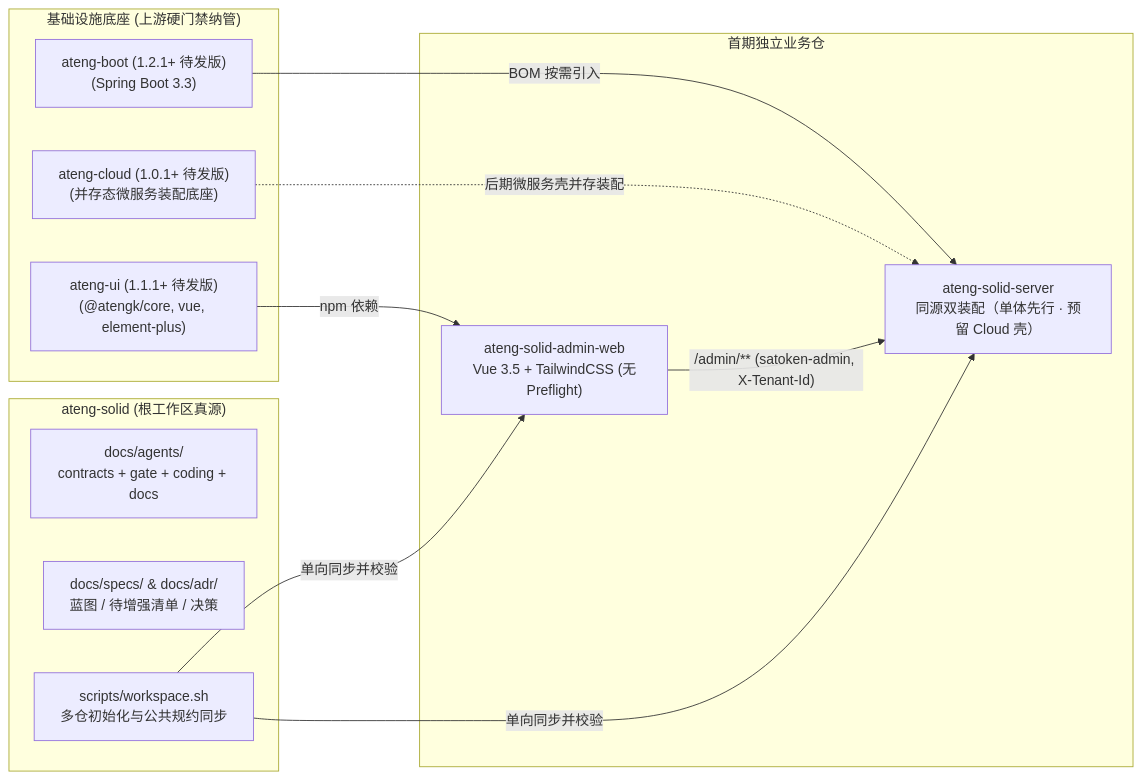
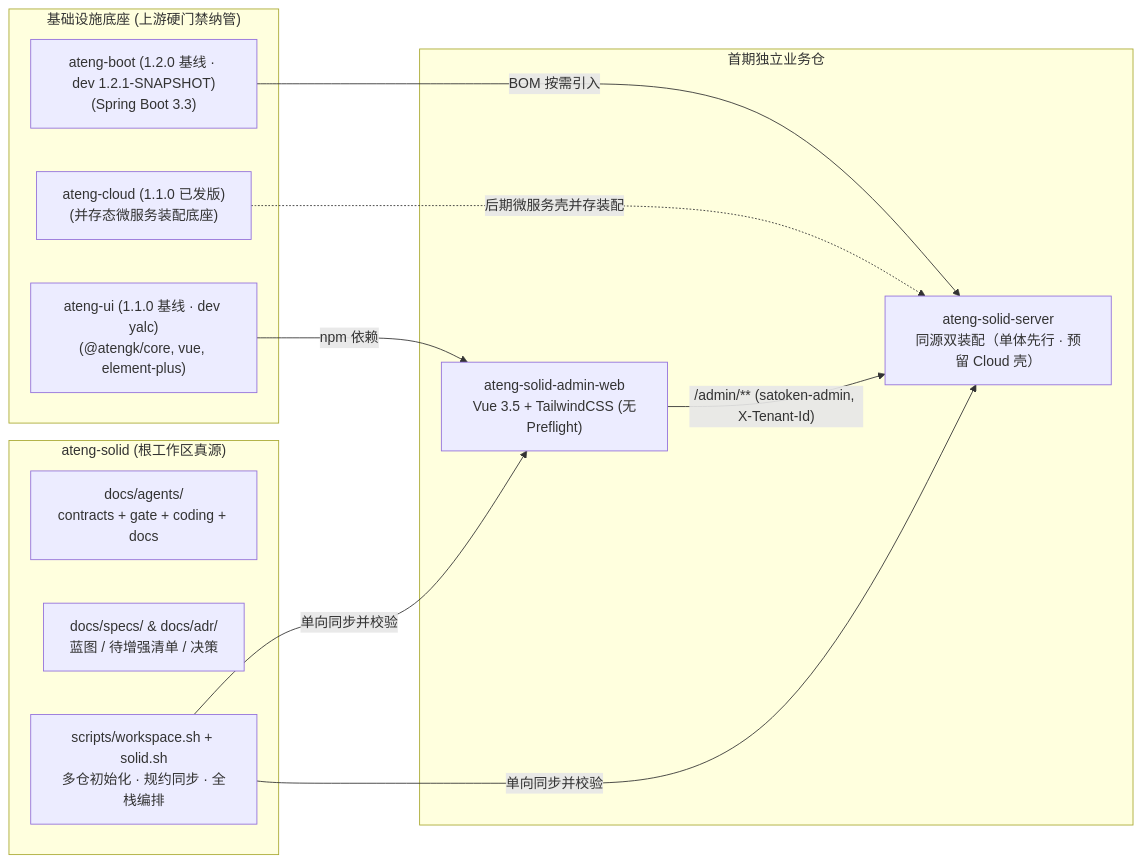
The diagram in CONTEXT-MAP.md (atengk/ateng-solid), drawn with Mermaid before and after one commit. The commit also changed other lines of this file and 16 other files, not shown here.

````diff
--- a/CONTEXT-MAP.md
+++ b/CONTEXT-MAP.md
@@ -22,26 +22,26 @@
 ```mermaid
 flowchart LR
     subgraph Root["ateng-solid (根工作区真源)"]
         CONTRACTS["docs/agents/<br/>contracts + gate + coding + docs"]
         SPECS["docs/specs/ & docs/adr/<br/>蓝图 / 待增强清单 / 决策"]
-        SCRIPT["scripts/workspace.sh<br/>多仓初始化与公共规约同步"]
+        SCRIPT["scripts/workspace.sh + solid.sh<br/>多仓初始化 · 规约同步 · 全栈编排"]
     end
 
     subgraph Foundation["基础设施底座 (上游硬门禁纳管)"]
-        BOOT["ateng-boot (1.2.1+ 待发版)<br/>(Spring Boot 3.3)"]
-        CLOUD["ateng-cloud (1.0.1+ 待发版)<br/>(并存态微服务装配底座)"]
-        UI["ateng-ui (1.1.1+ 待发版)<br/>(@atengk/core, vue, element-plus)"]
+        BOOT["ateng-boot (1.2.0 基线 · dev 1.2.1-SNAPSHOT)<br/>(Spring Boot 3.3)"]
+        CLOUD["ateng-cloud (1.1.0 已发版)<br/>(并存态微服务装配底座)"]
+        UI["ateng-ui (1.1.0 基线 · dev yalc)<br/>(@atengk/core, vue, element-plus)"]
     end
 
     subgraph Repos["首期独立业务仓"]
         SERVER["ateng-solid-server<br/>同源双装配（单体先行 · 预留 Cloud 壳）"]
         ADMIN["ateng-solid-admin-web<br/>Vue 3.5 + TailwindCSS (无Preflight)"]
     end
 
     SCRIPT -->|单向同步并校验| SERVER
     SCRIPT -->|单向同步并校验| ADMIN
     BOOT -->|BOM 按需引入| SERVER
     CLOUD -.->|后期微服务壳并存装配| SERVER
     UI -->|npm 依赖| ADMIN
     ADMIN -->|"/admin/** (satoken-admin, X-Tenant-Id)"| SERVER
 ```
````
